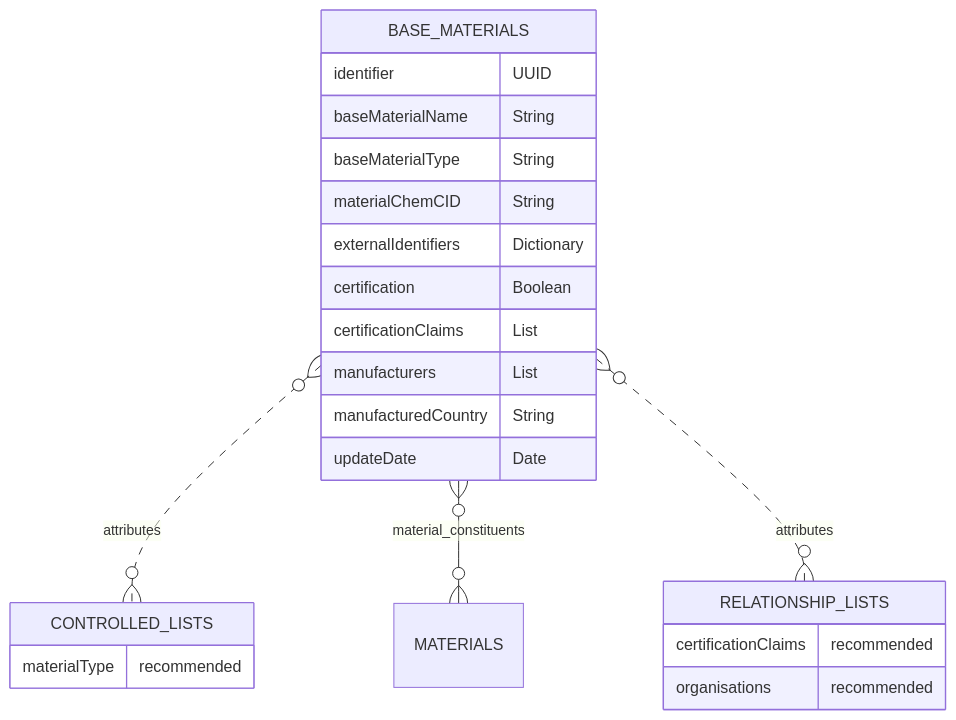
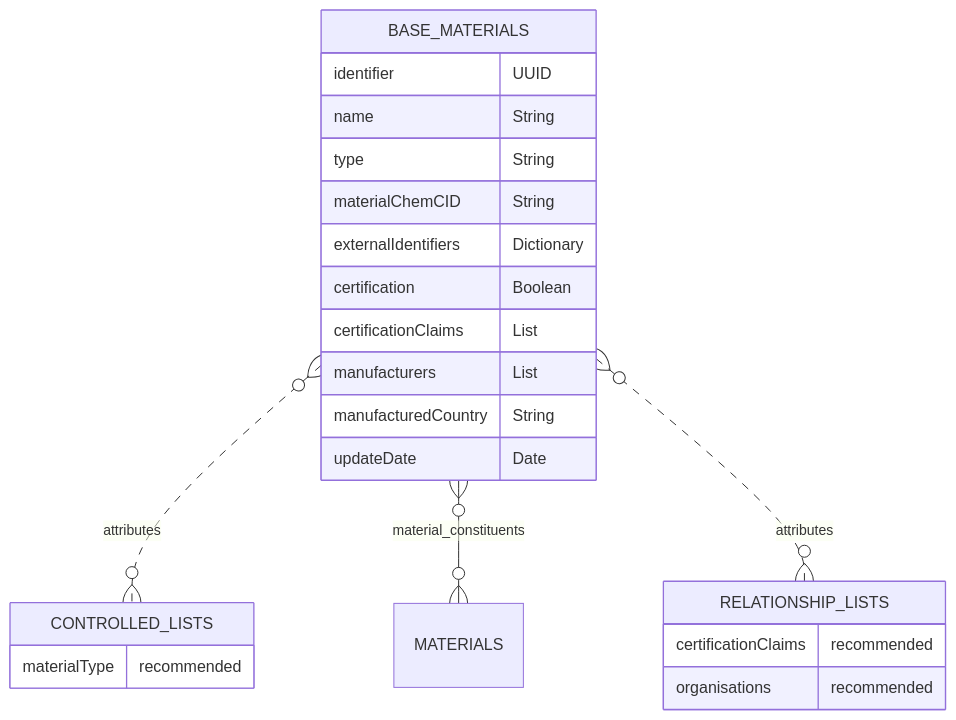
The diagram in docs/3_Data_Specification/3_1_Base_Materials.md (OpenDataManchester/Open3P), drawn with Mermaid before and after one commit. The commit also changed other lines of this file, not shown here.

Commit message:
removed baseMaterial form field names

````diff
--- a/docs/3_Data_Specification/3_1_Base_Materials.md
+++ b/docs/3_Data_Specification/3_1_Base_Materials.md
@@ -26,25 +26,25 @@
 ``` mermaid
 erDiagram
   BASE_MATERIALS {
     identifier UUID
-    baseMaterialName String
-    baseMaterialType String
+    name String
+    type String
     materialChemCID String
     externalIdentifiers Dictionary
     certification Boolean
     certificationClaims List
     manufacturers List
     manufacturedCountry String
     updateDate Date
   }
   BASE_MATERIALS }o..o{ CONTROLLED_LISTS : attributes
   BASE_MATERIALS }o--o{ MATERIALS : material_constituents
   BASE_MATERIALS }o..o{ RELATIONSHIP_LISTS : attributes
   CONTROLLED_LISTS {
     materialType recommended 
   }
   RELATIONSHIP_LISTS {
     certificationClaims recommended
     organisations recommended
   }
 ```
````
